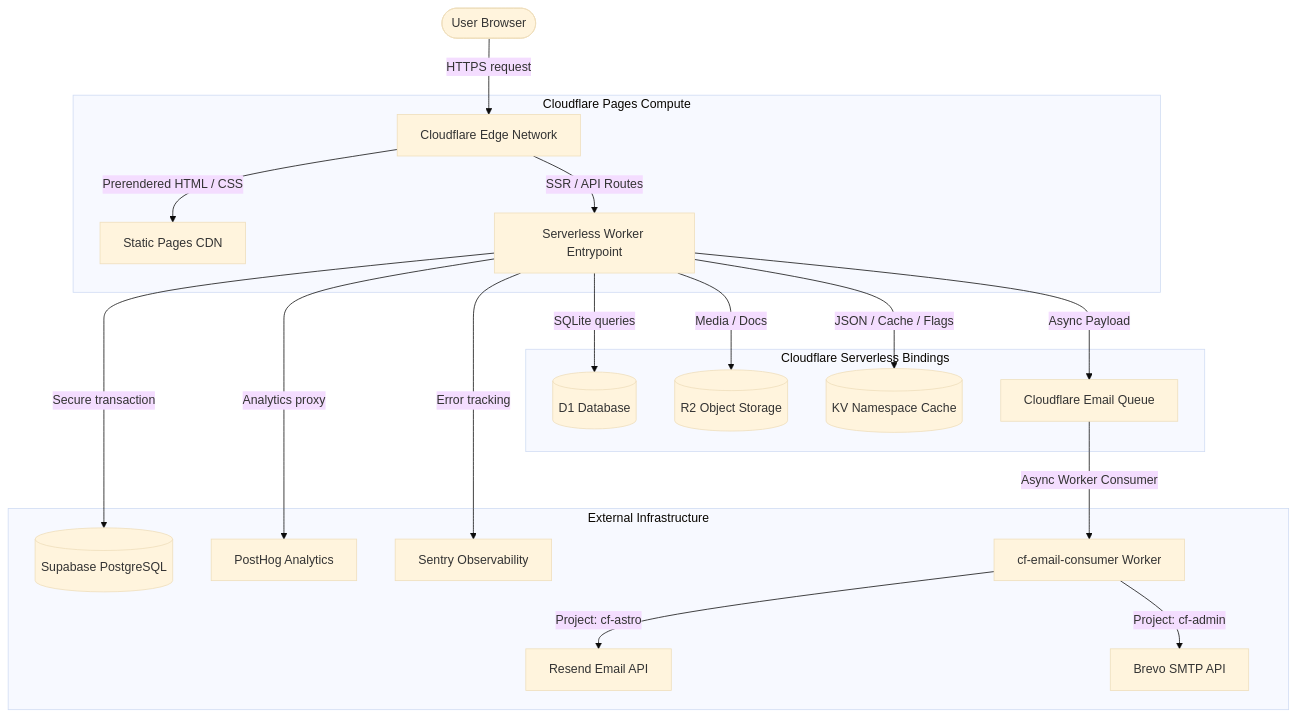
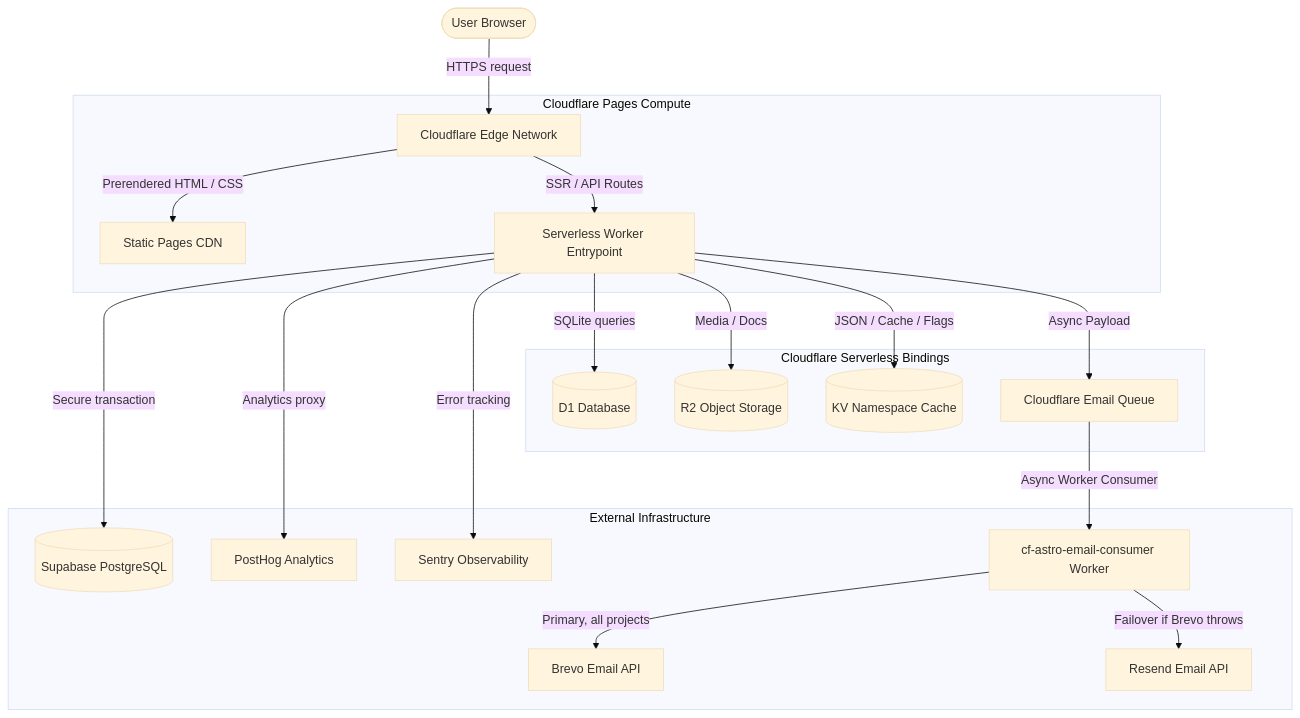
Before and after one commit to Harshil8136/chess-game1: the diagram in synced-docs/cf-astro/Documentation/SYSTEM-ARCHITECTURE.md, drawn with Mermaid (base theme). The commit also changed other lines of this file and 1 other file, not shown here.

Commit message:
Auto-sync cf-astro docs (source: 89e2c46c1be662817be490b10a0db9f1b3c65b62)

````diff
--- a/synced-docs/cf-astro/Documentation/SYSTEM-ARCHITECTURE.md
+++ b/synced-docs/cf-astro/Documentation/SYSTEM-ARCHITECTURE.md
@@ -24,25 +24,25 @@
 ```mermaid
 graph TD
     User([User Browser]) -->|HTTPS request| CF_Edge[Cloudflare Edge Network]
 
     subgraph Cloudflare Pages Compute
         CF_Edge -->|Prerendered HTML / CSS| Static_CDN[Static Pages CDN]
         CF_Edge -->|SSR / API Routes| Edge_Worker[Serverless Worker Entrypoint]
     end
 
     subgraph Cloudflare Serverless Bindings
         Edge_Worker -->|SQLite queries| D1_DB[(D1 Database)]
         Edge_Worker -->|Media / Docs| R2_Bucket[(R2 Object Storage)]
         Edge_Worker -->|JSON / Cache / Flags| KV_Cache[(KV Namespace Cache)]
         Edge_Worker -->|Async Payload| Email_Queue[Cloudflare Email Queue]
     end
 
     subgraph External Infrastructure
         Edge_Worker -->|Secure transaction| Supabase_Postgres[(Supabase PostgreSQL)]
         Edge_Worker -->|Analytics proxy| PostHog[PostHog Analytics]
         Edge_Worker -->|Error tracking| Sentry[Sentry Observability]
-        Email_Queue -->|Async Worker Consumer| Sidecar_Worker[cf-email-consumer Worker]
-        Sidecar_Worker -->|Project: cf-astro| Resend[Resend Email API]
-        Sidecar_Worker -->|Project: cf-admin| Brevo[Brevo SMTP API]
+        Email_Queue -->|Async Worker Consumer| Sidecar_Worker[cf-astro-email-consumer Worker]
+        Sidecar_Worker -->|Primary, all projects| Brevo[Brevo Email API]
+        Sidecar_Worker -->|Failover if Brevo throws| Resend[Resend Email API]
     end
 ```
````
